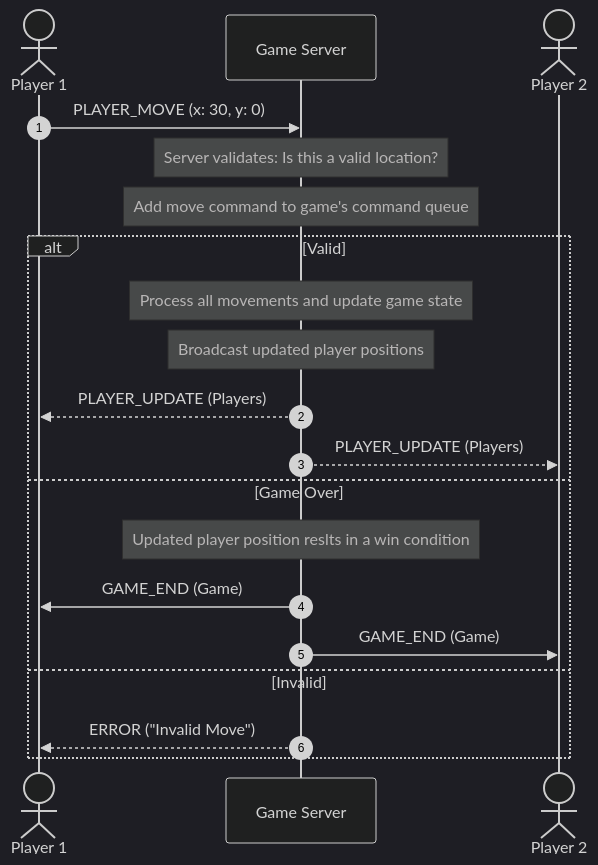
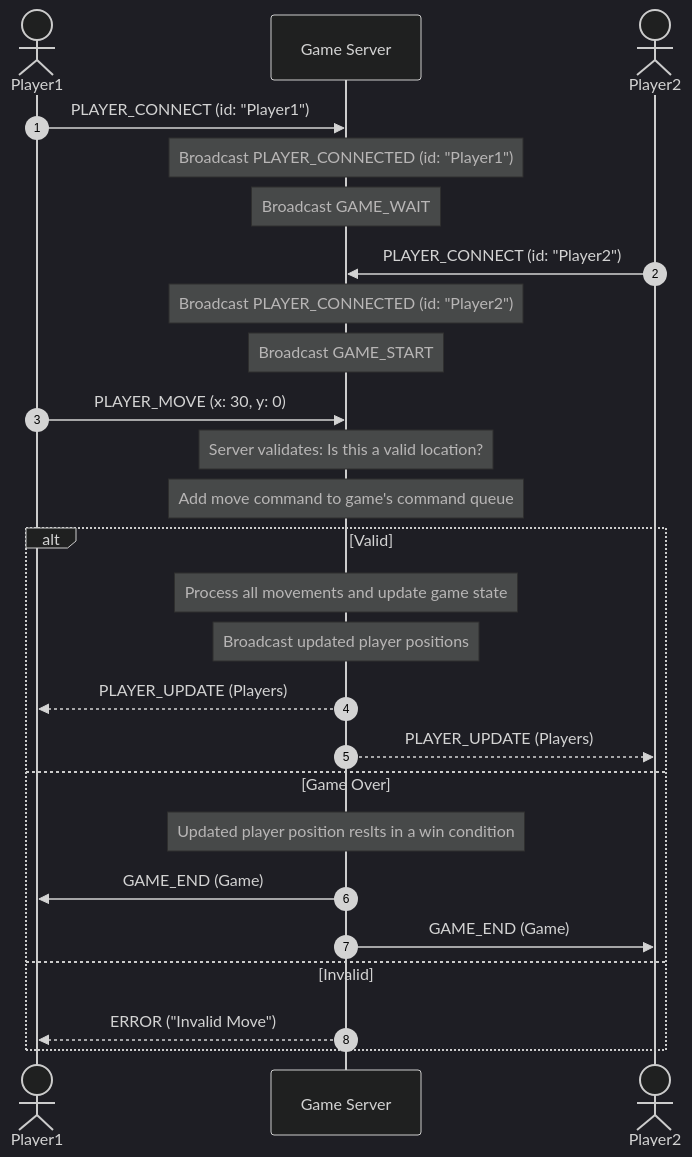
The second of 2 diagrams in README.md (nathanthomp/terminal-tower), drawn with Mermaid (dark theme) before and after one commit. The commit also changed other lines of this file, not shown here.

````diff
--- a/README.md
+++ b/README.md
@@ -88,23 +93,33 @@
 ```mermaid
 sequenceDiagram
     autonumber
-    actor Client1 as Player 1
+    actor Client1 as Player1
     participant Server as Game Server
-    actor Client2 as Player 2
+    actor Client2 as Player2
+
+    Client1->>Server: PLAYER_CONNECT (id: "Player1")
+    Note over Server: Broadcast PLAYER_CONNECTED (id: "Player1")
+    Note over Server: Broadcast GAME_WAIT
+
+    Client2->>Server: PLAYER_CONNECT (id: "Player2")
+
+    Note over Server: Broadcast PLAYER_CONNECTED (id: "Player2")
+
+    Note over Server: Broadcast GAME_START
 
     Client1->>Server: PLAYER_MOVE (x: 30, y: 0)
     Note over Server: Server validates: Is this a valid location?
     Note over Server: Add move command to game's command queue
     alt Valid
         Note over Server: Process all movements and update game state
         Note over Server: Broadcast updated player positions
         Server-->>Client1: PLAYER_UPDATE (Players)
         Server-->>Client2: PLAYER_UPDATE (Players)
     else Game Over
         Note over Server: Updated player position reslts in a win condition
         Server->>Client1: GAME_END (Game)
         Server->>Client2: GAME_END (Game)
     else Invalid
         Server-->>Client1: ERROR ("Invalid Move")
     end
 ```
````
